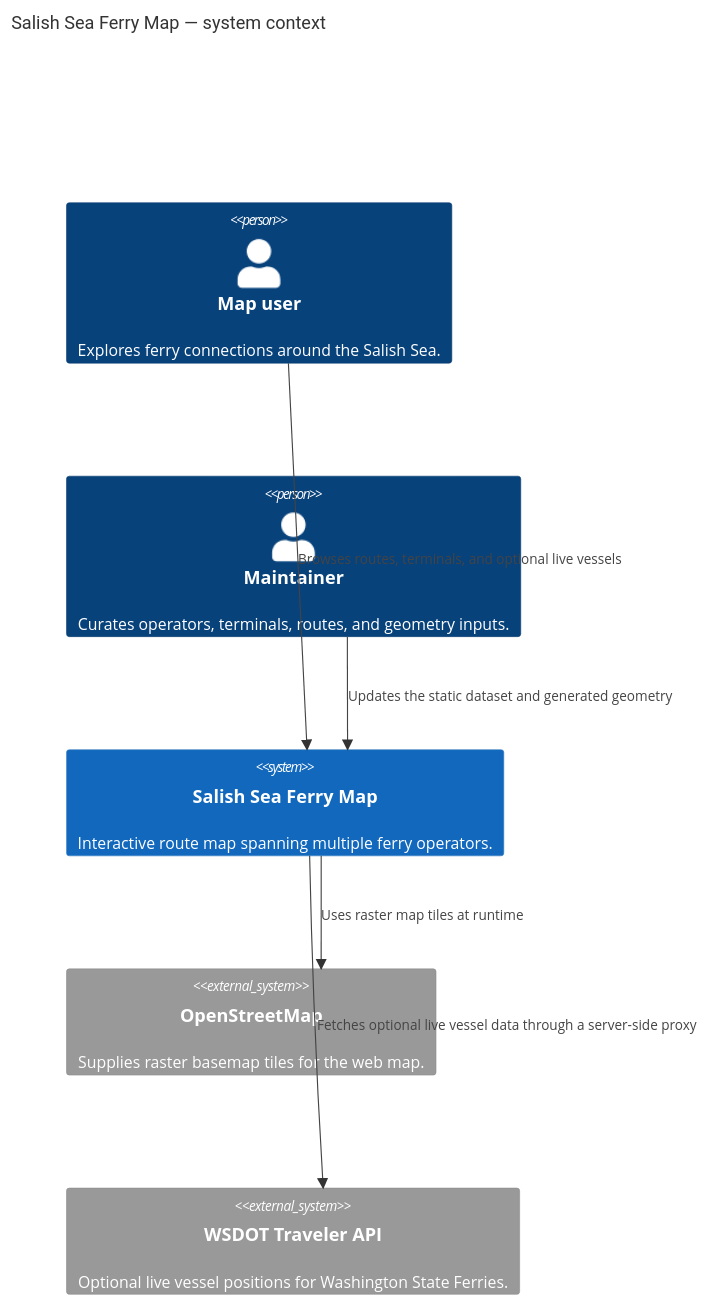
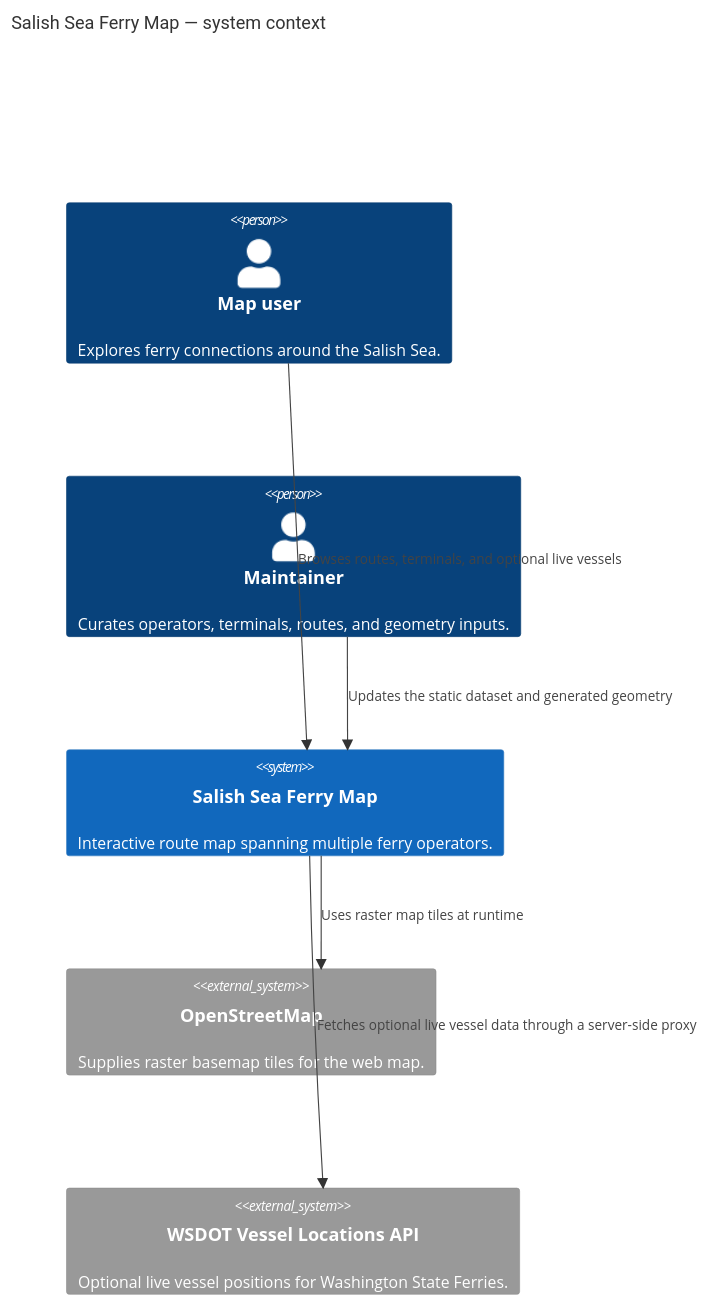
One commit to ivanoats/Salish-Sea-Ferry-Map changed the diagram in docs/architecture/system-context.mmd. Above: the diagram before and after it, drawn with Mermaid. The commit also changed 5 other files, not shown here.

```diff
--- a/docs/architecture/system-context.mmd
+++ b/docs/architecture/system-context.mmd
@@ -1,16 +1,16 @@
 C4Context
 title Salish Sea Ferry Map — system context
 
 Person(user, "Map user", "Explores ferry connections around the Salish Sea.")
 Person(editor, "Maintainer", "Curates operators, terminals, routes, and geometry inputs.")
 
 System(system, "Salish Sea Ferry Map", "Interactive route map spanning multiple ferry operators.")
 System_Ext(osm, "OpenStreetMap", "Supplies raster basemap tiles for the web map.")
-System_Ext(wsdot, "WSDOT Traveler API", "Optional live vessel positions for Washington State Ferries.")
+System_Ext(wsdot, "WSDOT Vessel Locations API", "Optional live vessel positions for Washington State Ferries.")
 
 Rel(user, system, "Browses routes, terminals, and optional live vessels")
 Rel(editor, system, "Updates the static dataset and generated geometry")
 Rel(system, osm, "Uses raster map tiles at runtime")
 Rel(system, wsdot, "Fetches optional live vessel data through a server-side proxy")
 
-UpdateLayoutConfig($c4ShapeInRow="3", $c4BoundaryInRow="1")
+UpdateLayoutConfig($c4ShapeInRow="2", $c4BoundaryInRow="1")
```
